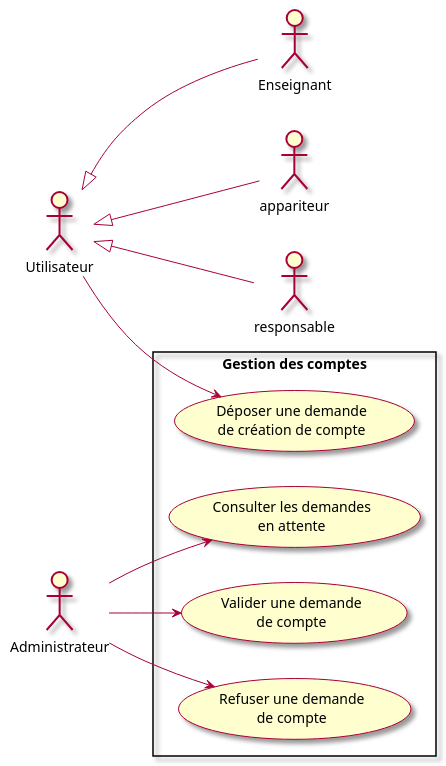
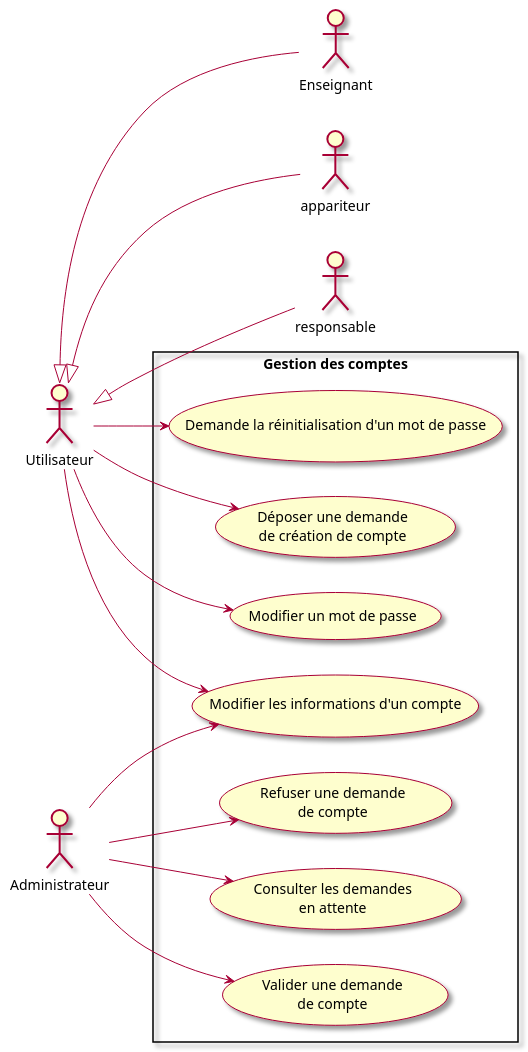
The second of 5 diagrams in docs/01-Besoins.md (mrajaonson/glg204-room-management-system), drawn with PlantUML before and after one commit. The commit also changed other lines of this file and 1 other file, not shown here.

````diff
--- a/docs/01-Besoins.md
+++ b/docs/01-Besoins.md
@@ -93,33 +93,39 @@
 ```plantuml
 @startuml
 skin rose
 
 left to right direction
 
 actor "Utilisateur" as U
 actor "Enseignant" as E
 actor "appariteur" as AP
 actor "responsable" as R
 actor "Administrateur" as A
 
 rectangle "Gestion des comptes" {
   usecase "Déposer une demande\nde création de compte" as UC_CREER
   usecase "Consulter les demandes\nen attente" as UC_CONSULTER_DEMANDE
   usecase "Valider une demande\nde compte" as UC_VALIDER
   usecase "Refuser une demande\nde compte" as UC_REFUSER
-
+  usecase "Modifier les informations d'un compte" as UC_MODIFER_COMPTE
+  usecase "Modifier un mot de passe" as UC_MODIFIER_PASSE
+  usecase "Demande la réinitialisation d'un mot de passe" as UC_REINITIALISER_PASSE
 }
 
 U <|-- E
 U <|-- AP
 U <|-- R
 
 U --> UC_CREER
+U --> UC_MODIFER_COMPTE
+U --> UC_MODIFIER_PASSE
+U --> UC_REINITIALISER_PASSE
 
+A --> UC_MODIFER_COMPTE
 A --> UC_CONSULTER_DEMANDE
 A --> UC_VALIDER
 A --> UC_REFUSER
 
 
 @enduml
 ```
````
